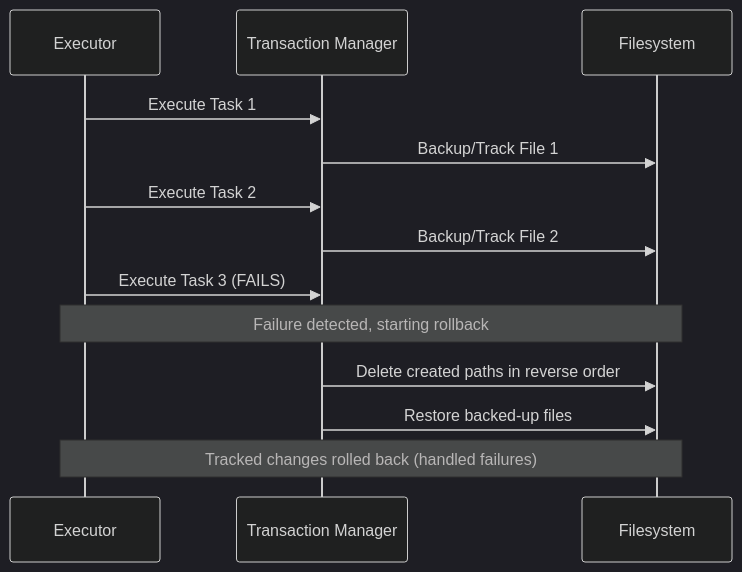
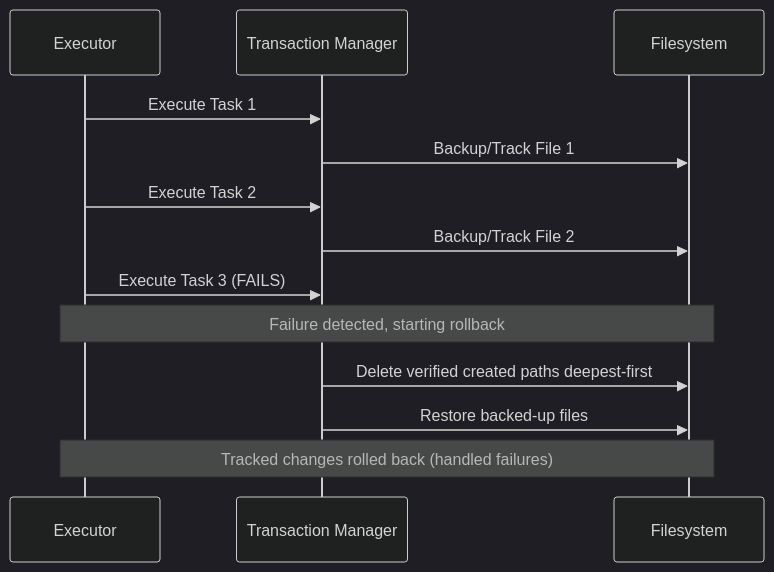
The diagram in docs/ARCHITECTURE.md (Emin-ACIKGOZ/scbake), drawn with Mermaid (dark theme) before and after one commit. The commit also changed other lines of this file and 24 other files, not shown here.

First line of the commit message:
fix(transaction): verify created paths before rollback

````diff
--- a/docs/ARCHITECTURE.md
+++ b/docs/ARCHITECTURE.md
@@ -87,16 +87,16 @@
 ```mermaid
 sequenceDiagram
     participant E as Executor
     participant T as Transaction Manager
     participant FS as Filesystem
 
     E->>T: Execute Task 1
     T->>FS: Backup/Track File 1
     E->>T: Execute Task 2
     T->>FS: Backup/Track File 2
     E->>T: Execute Task 3 (FAILS)
     Note over E,FS: Failure detected, starting rollback
-    T->>FS: Delete created paths in reverse order
+    T->>FS: Delete verified created paths deepest-first
     T->>FS: Restore backed-up files
     Note over E,FS: Tracked changes rolled back (handled failures)
 ```
````
